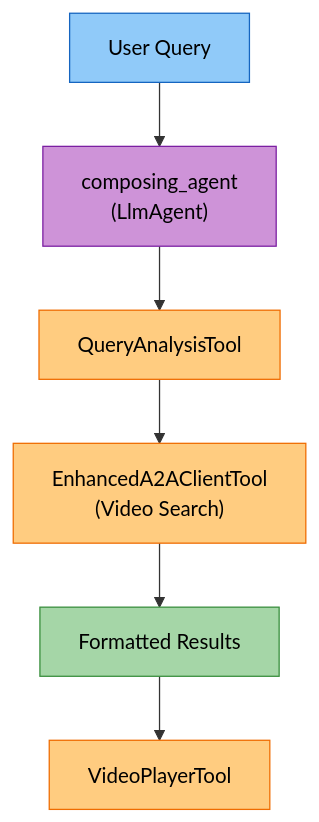
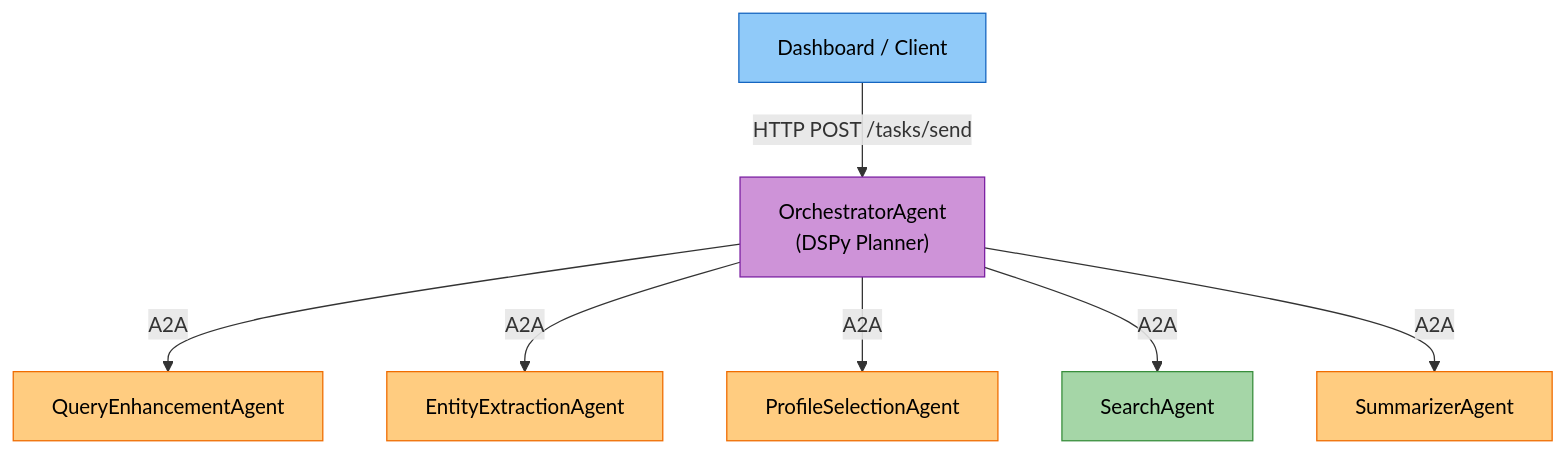
Before and after one commit to amit-jain/cogniverse: the fourth of 20 diagrams in docs/modules/agents.md, drawn with Mermaid. The commit also changed other lines of this file and 137 other files, not shown here.

````diff
--- a/docs/modules/agents.md
+++ b/docs/modules/agents.md
@@ -622,17 +641,18 @@
 ```mermaid
 flowchart TB
-    UserQuery["<span style='color:#000'>User Query</span>"] --> ComposingAgent["<span style='color:#000'>composing_agent<br/>(LlmAgent)</span>"]
+    Dashboard["<span style='color:#000'>Dashboard / Client</span>"] -->|HTTP POST /tasks/send| Orchestrator["<span style='color:#000'>OrchestratorAgent<br/>(DSPy Planner)</span>"]
 
-    ComposingAgent --> QueryAnalysis["<span style='color:#000'>QueryAnalysisTool</span>"]
-    QueryAnalysis --> VideoSearch["<span style='color:#000'>EnhancedA2AClientTool<br/>(Video Search)</span>"]
+    Orchestrator -->|A2A| QE["<span style='color:#000'>QueryEnhancementAgent</span>"]
+    Orchestrator -->|A2A| EE["<span style='color:#000'>EntityExtractionAgent</span>"]
+    Orchestrator -->|A2A| PS["<span style='color:#000'>ProfileSelectionAgent</span>"]
+    Orchestrator -->|A2A| SA["<span style='color:#000'>SearchAgent</span>"]
+    Orchestrator -->|A2A| SU["<span style='color:#000'>SummarizerAgent</span>"]
 
-    VideoSearch --> Results["<span style='color:#000'>Formatted Results</span>"]
-    Results --> VideoPlayer["<span style='color:#000'>VideoPlayerTool</span>"]
-
-    style UserQuery fill:#90caf9,stroke:#1565c0,color:#000
-    style ComposingAgent fill:#ce93d8,stroke:#7b1fa2,color:#000
-    style QueryAnalysis fill:#ffcc80,stroke:#ef6c00,color:#000
-    style VideoSearch fill:#ffcc80,stroke:#ef6c00,color:#000
-    style Results fill:#a5d6a7,stroke:#388e3c,color:#000
-    style VideoPlayer fill:#ffcc80,stroke:#ef6c00,color:#000
+    style Dashboard fill:#90caf9,stroke:#1565c0,color:#000
+    style Orchestrator fill:#ce93d8,stroke:#7b1fa2,color:#000
+    style QE fill:#ffcc80,stroke:#ef6c00,color:#000
+    style EE fill:#ffcc80,stroke:#ef6c00,color:#000
+    style PS fill:#ffcc80,stroke:#ef6c00,color:#000
+    style SA fill:#a5d6a7,stroke:#388e3c,color:#000
+    style SU fill:#ffcc80,stroke:#ef6c00,color:#000
 ```
````
